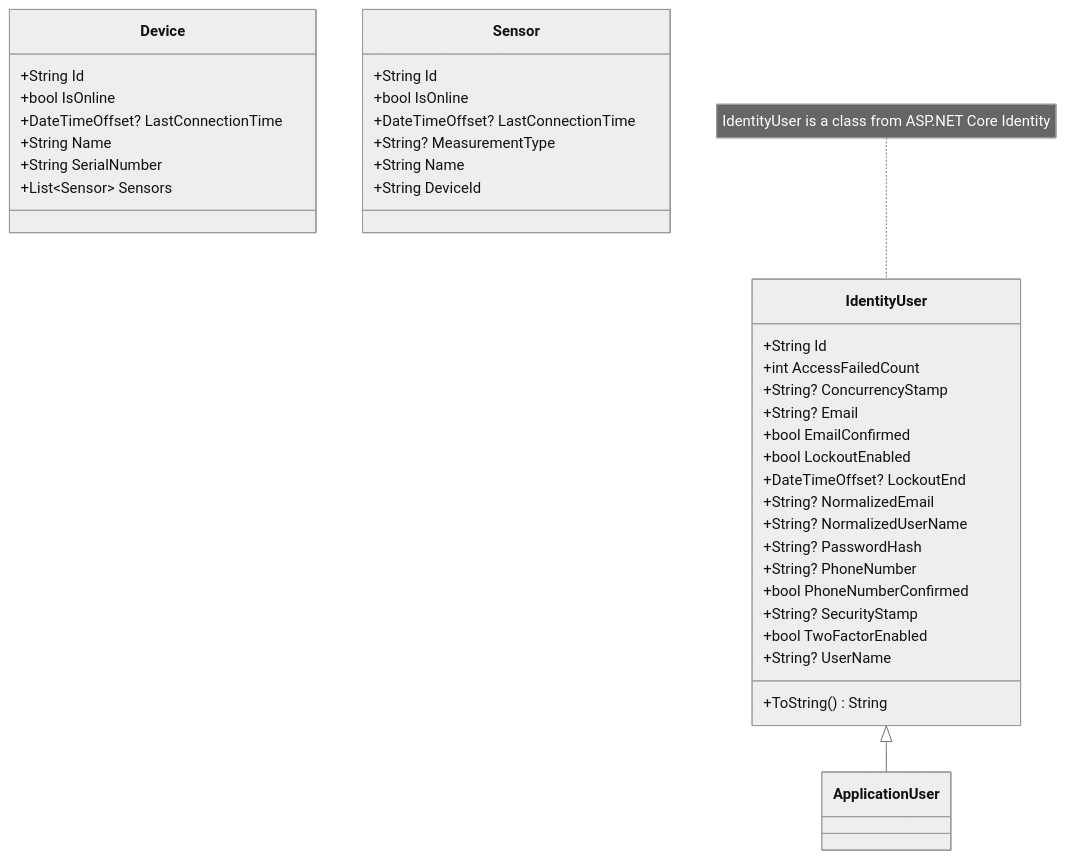
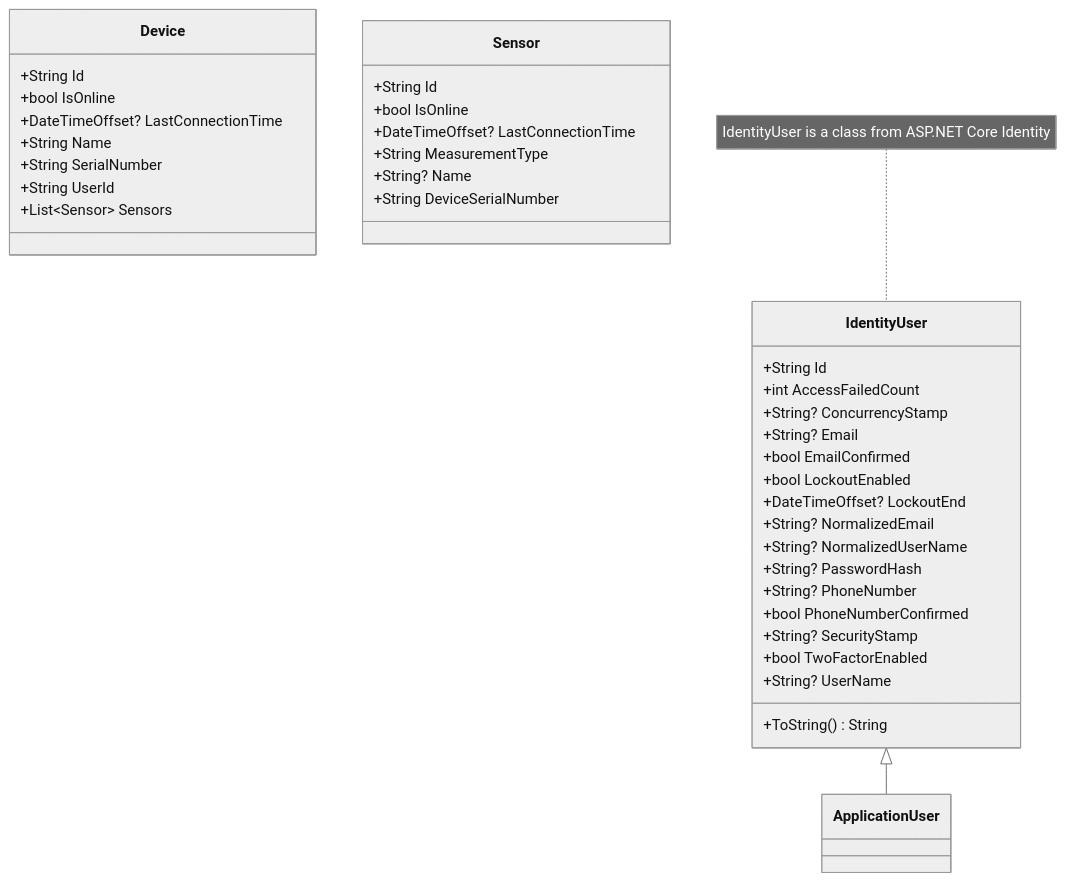
Before and after one commit to paavkar/IoTDeviceManager: the first of 2 diagrams in README.md, drawn with Mermaid (neutral theme). The commit also changed other lines of this file and 33 other files, not shown here.

Commit message:
add Angular frontend, initial state diagram

````diff
--- a/README.md
+++ b/README.md
@@ -16,48 +16,49 @@
 ```mermaid
 classDiagram
 IdentityUser <|-- ApplicationUser
 
 note for IdentityUser "IdentityUser is a class from ASP.NET Core Identity"
 
 class IdentityUser {
     +String Id
     +int AccessFailedCount
     +String? ConcurrencyStamp
     +String? Email
     +bool EmailConfirmed
     +bool LockoutEnabled
     +DateTimeOffset? LockoutEnd
     +String? NormalizedEmail
     +String? NormalizedUserName
     +String? PasswordHash
     +String? PhoneNumber
     +bool PhoneNumberConfirmed
     +String? SecurityStamp
     +bool TwoFactorEnabled
     +String? UserName
 
     +ToString() String
 }
 
 class ApplicationUser
 
 class Device {
     +String Id
     +bool IsOnline
     +DateTimeOffset? LastConnectionTime
     +String Name
     +String SerialNumber
+    +String UserId
 
     +List~Sensor~ Sensors
 }
 
 class Sensor {
     +String Id
     +bool IsOnline
     +DateTimeOffset? LastConnectionTime
-    +String? MeasurementType
-    +String Name
+    +String MeasurementType
+    +String? Name
 
-    +String DeviceId
+    +String DeviceSerialNumber
 }
 ```
````
